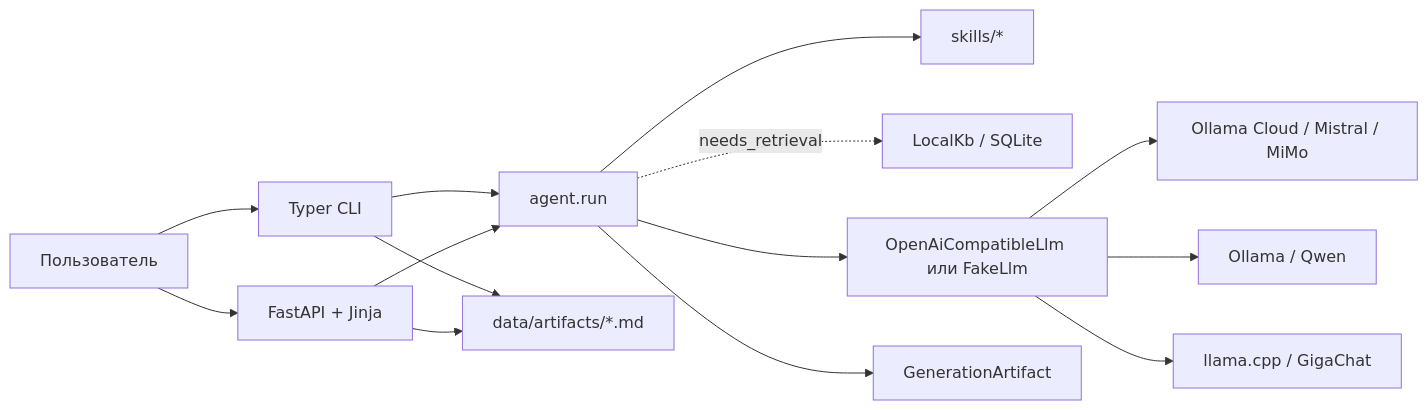
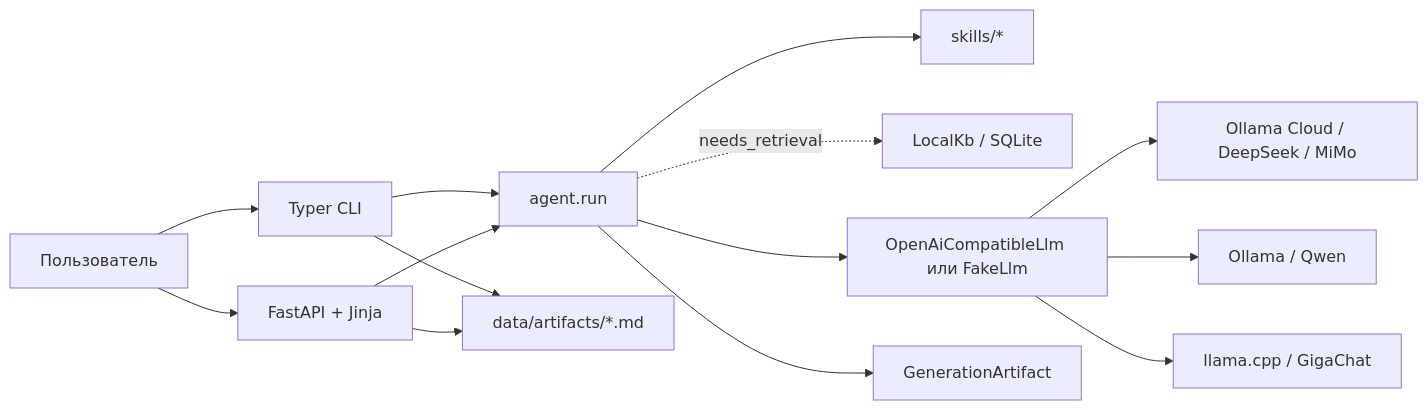
One commit to Alexion24/project_misterio changed the diagram in docs/architecture.md. Above: the diagram before and after it, drawn with Mermaid. The commit also changed other lines of this file and 16 other files, not shown here.

First line of the commit message:
feat: set DeepSeek V4.1 Flash as default and expand 'chastushki' evaluations

````diff
--- a/docs/architecture.md
+++ b/docs/architecture.md
@@ -7,16 +7,16 @@
 ```mermaid
 flowchart LR
     User[Пользователь] --> CLI[Typer CLI]
     User --> UI[FastAPI + Jinja]
     CLI --> Agent[agent.run]
     UI --> Agent
     Agent --> Skills[skills/*]
     Agent -.->|needs_retrieval| KB[LocalKb / SQLite]
     Agent --> LLM[OpenAiCompatibleLlm или FakeLlm]
-    LLM --> Cloud[Ollama Cloud / Mistral / MiMo]
+    LLM --> Cloud[Ollama Cloud / DeepSeek / MiMo]
     LLM --> Ollama[Ollama / Qwen]
     LLM --> Llama[llama.cpp / GigaChat]
     Agent --> Artifact[GenerationArtifact]
     CLI --> Files[data/artifacts/*.md]
     UI --> Files
 ```
````
